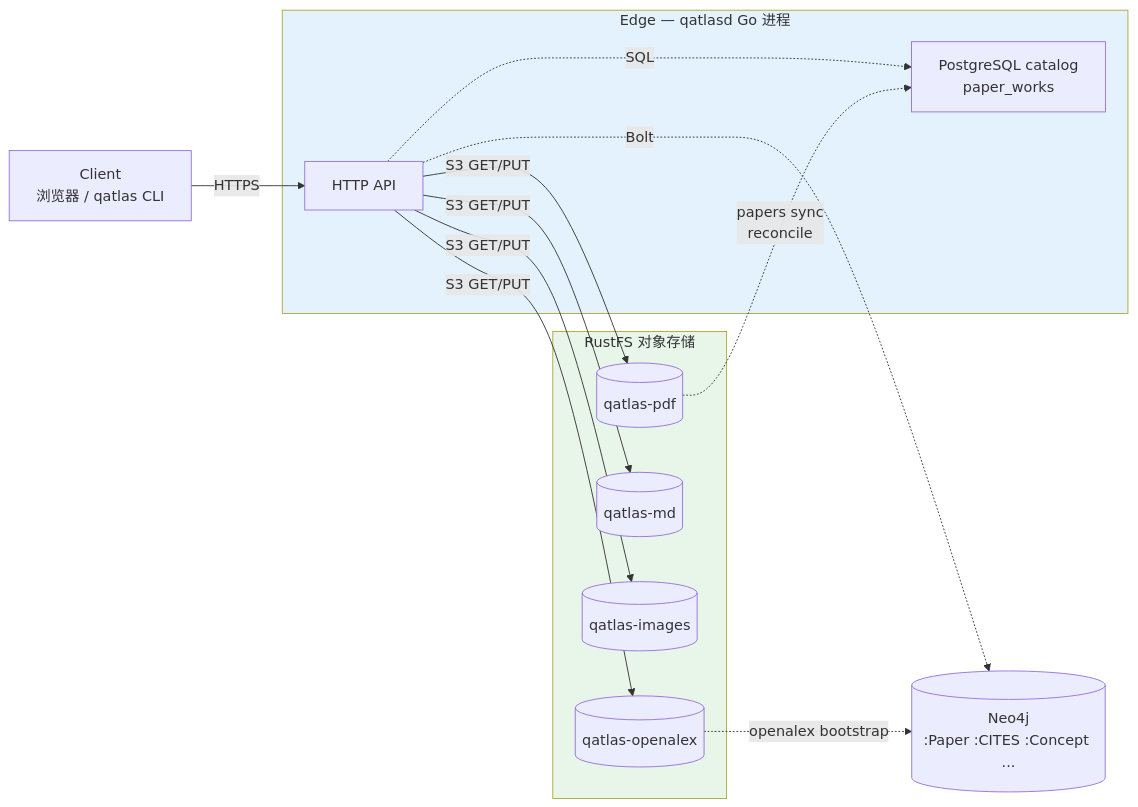
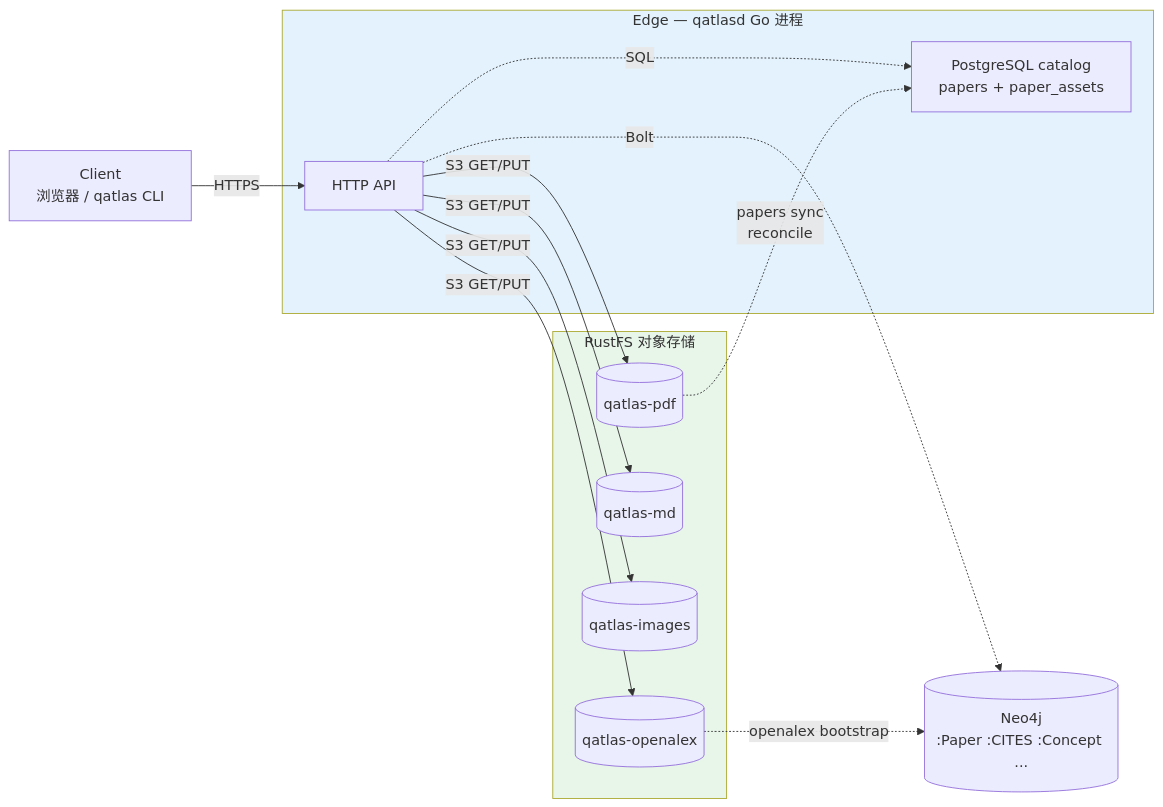
Before and after one commit to IAI-USTC-Quantum/QuantumAtlas: the diagram in docs/concepts/storage-architecture.md, drawn with Mermaid. The commit also changed other lines of this file and 9 other files, not shown here.

````diff
--- a/docs/concepts/storage-architecture.md
+++ b/docs/concepts/storage-architecture.md
@@ -68,32 +69,32 @@
 ```mermaid
 flowchart LR
     USER[Client<br/>浏览器 / qatlas CLI]
 
     subgraph EDGE ["Edge — qatlasd Go 进程"]
         API[HTTP API]
-        PG[PostgreSQL catalog<br/>paper_works]
+        PG[PostgreSQL catalog<br/>papers + paper_assets]
         API -.->|SQL| PG
     end
 
     subgraph RUSTFS ["RustFS 对象存储"]
         PDF[(qatlas-pdf)]
         MD[(qatlas-md)]
         IMG[(qatlas-images)]
         OA[(qatlas-openalex)]
     end
 
     NEO[(Neo4j<br/>:Paper :CITES :Concept ...)]
 
     USER -->|HTTPS| API
     API -->|S3 GET/PUT| PDF
     API -->|S3 GET/PUT| MD
     API -->|S3 GET/PUT| IMG
     API -->|S3 GET/PUT| OA
     API -.->|Bolt| NEO
 
     OA -.->|openalex bootstrap| NEO
     PDF -.->|papers sync<br/>reconcile| PG
 
     style RUSTFS fill:#e8f5e9
     style EDGE fill:#e3f2fd
 ```
````
